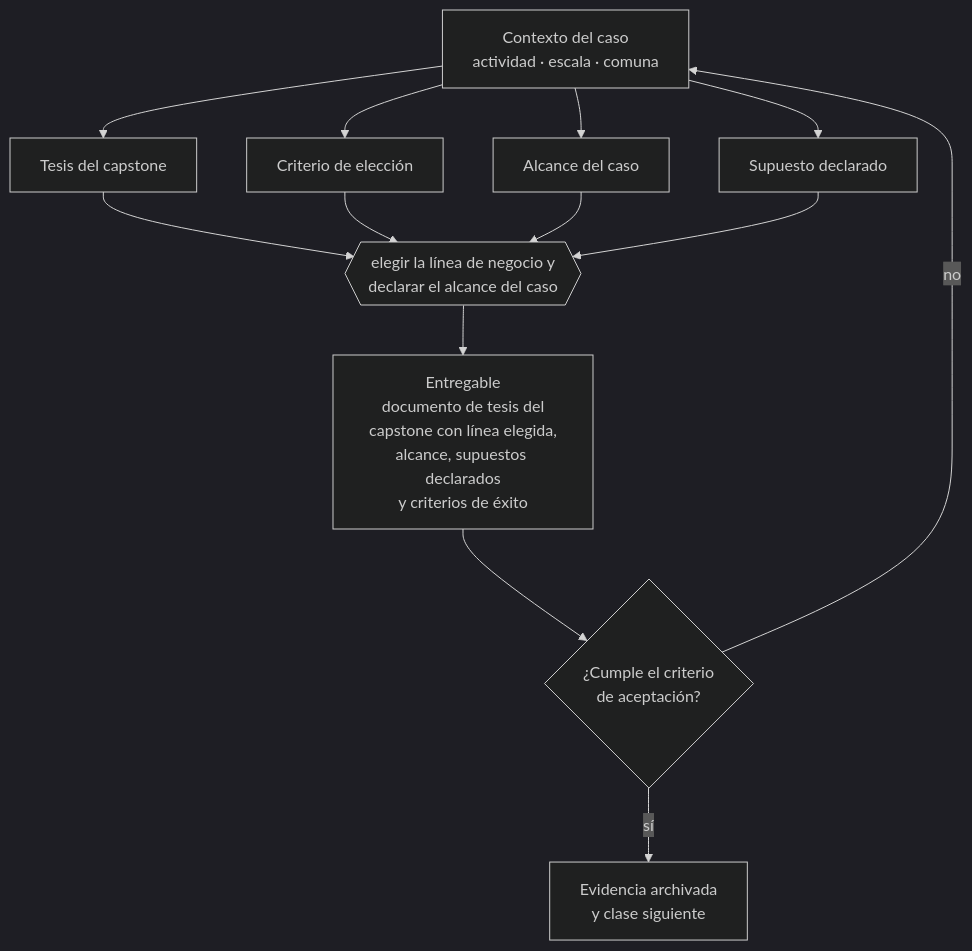
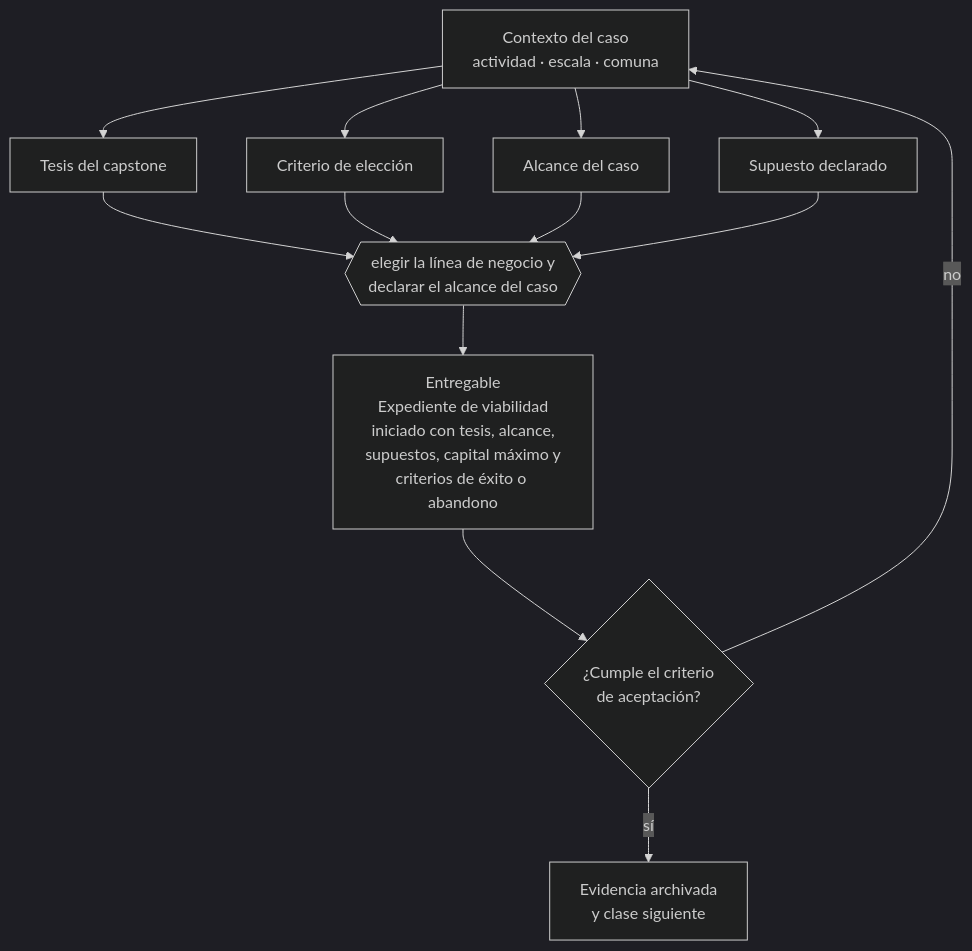
The diagram in curriculum/part-24-capstone-construir-una-empresa-de-comienzo-a-fin/class-01-elegir-tesis-y-linea-de-negocio/README.md (vladimiracunadev-create/modern-business-creation-program), drawn with Mermaid (dark theme) before and after one commit. The commit also changed other lines of this file and 48 other files, not shown here.

Commit message:
feat(curriculum): integrar expediente de viabilidad

````diff
--- a/curriculum/part-24-capstone-construir-una-empresa-de-comienzo-a-fin/class-01-elegir-tesis-y-linea-de-negocio/README.md
+++ b/curriculum/part-24-capstone-construir-una-empresa-de-comienzo-a-fin/class-01-elegir-tesis-y-linea-de-negocio/README.md
@@ -34,13 +34,13 @@
 ```mermaid
 flowchart TB
     C["Contexto del caso<br/>actividad · escala · comuna"]
     C --> A1["Tesis del capstone"]
     C --> A2["Criterio de elección"]
     C --> A3["Alcance del caso"]
     C --> A4["Supuesto declarado"]
     A1 & A2 & A3 & A4 --> D{{"elegir la línea de negocio y<br/>declarar el alcance del caso"}}
-    D --> E["Entregable<br/>documento de tesis del<br/>capstone con línea elegida,<br/>alcance, supuestos declarados<br/>y criterios de éxito"]
+    D --> E["Entregable<br/>Expediente de viabilidad<br/>iniciado con tesis, alcance,<br/>supuestos, capital máximo y<br/>criterios de éxito o abandono"]
     E --> V{"¿Cumple el criterio<br/>de aceptación?"}
     V -->|sí| S["Evidencia archivada<br/>y clase siguiente"]
     V -->|no| C
 ```
````
